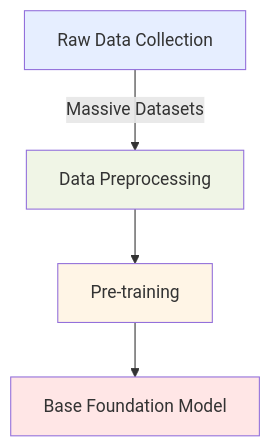
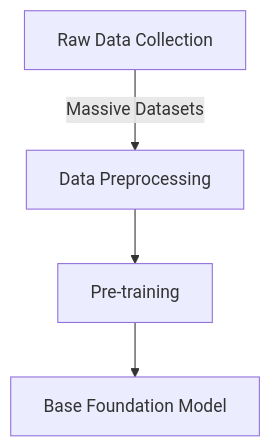
Before and after one commit to CloudCityPress/aws-aif-c01: the first of 3 diagrams in english/30_30_Training_and_Fine-tuning.md, drawn with Mermaid. The commit also changed other lines of this file and 16 other files, not shown here.

Commit message:
updating Mermaids

````diff
--- a/english/30_30_Training_and_Fine-tuning.md
+++ b/english/30_30_Training_and_Fine-tuning.md
@@ -13,10 +13,7 @@
 ```mermaid
 flowchart TD
     A[Raw Data Collection] -->|Massive Datasets| B[Data Preprocessing]
     B --> C[Pre-training]
     C --> D[Base Foundation Model]
-    style A fill:#e6eeff
-    style B fill:#f0f5e6
-    style C fill:#fff5e6
-    style D fill:#ffe6e6
+
 ```
````
